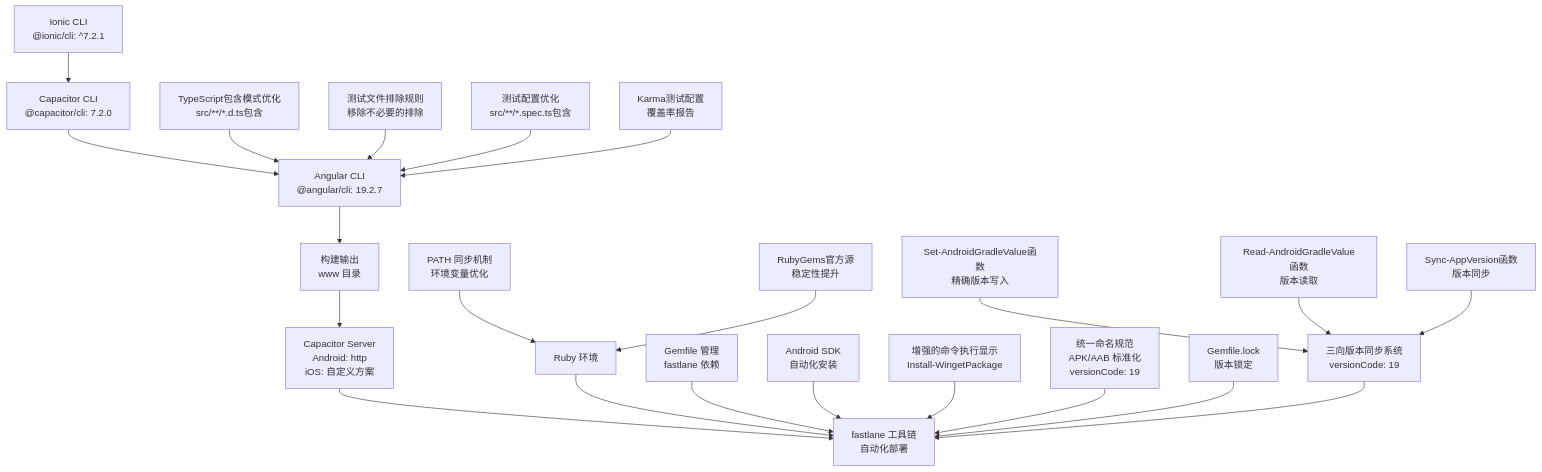
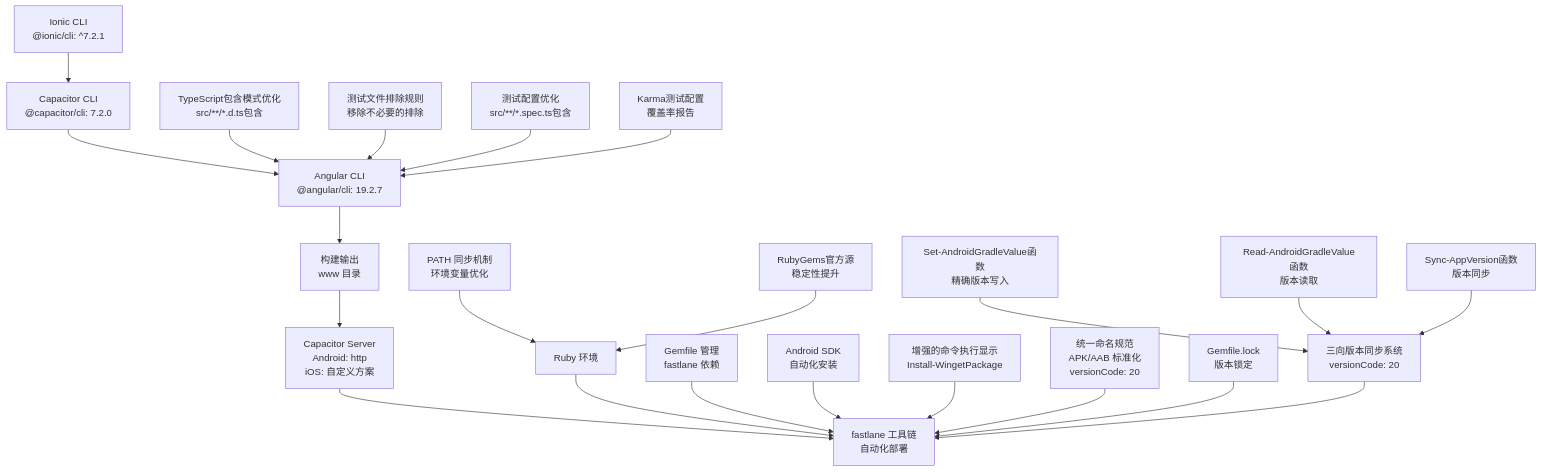
The third of 6 diagrams in .qoder/repowiki/zh/content/构建与部署/构建配置.md (tea4go/Macro-Deck-Client-App), drawn with Mermaid before and after one commit. The commit also changed other lines of this file and 55 other files, not shown here.

````diff
--- a/.qoder/repowiki/zh/content/构建与部署/构建配置.md
+++ b/.qoder/repowiki/zh/content/构建与部署/构建配置.md
@@ -385,24 +385,24 @@
 ```mermaid
 graph TB
 A["Ionic CLI<br/>@ionic/cli: ^7.2.1"] --> B["Capacitor CLI<br/>@capacitor/cli: 7.2.0"]
 B --> C["Angular CLI<br/>@angular/cli: 19.2.7"]
 C --> D["构建输出<br/>www 目录"]
 D --> E["Capacitor Server<br/>Android: http<br/>iOS: 自定义方案"]
 E --> F["fastlane 工具链<br/>自动化部署"]
 G["Ruby 环境"] --> F
 H["Gemfile 管理<br/>fastlane 依赖"] --> F
 I["Android SDK<br/>自动化安装"] --> F
 J["PATH 同步机制<br/>环境变量优化"] --> G
 K["增强的命令执行显示<br/>Install-WingetPackage"] --> F
-L["统一命名规范<br/>APK/AAB 标准化<br/>versionCode: 19"] --> F
+L["统一命名规范<br/>APK/AAB 标准化<br/>versionCode: 20"] --> F
 M["Gemfile.lock<br/>版本锁定"] --> F
 N["RubyGems官方源<br/>稳定性提升"] --> G
-O["三向版本同步系统<br/>versionCode: 19"] --> F
+O["三向版本同步系统<br/>versionCode: 20"] --> F
 P["Set-AndroidGradleValue函数<br/>精确版本写入"] --> O
 Q["Read-AndroidGradleValue函数<br/>版本读取"] --> O
 R["Sync-AppVersion函数<br/>版本同步"] --> O
 S["TypeScript包含模式优化<br/>src/**/*.d.ts包含"] --> C
 T["测试文件排除规则<br/>移除不必要的排除"] --> C
 U["测试配置优化<br/>src/**/*.spec.ts包含"] --> C
 V["Karma测试配置<br/>覆盖率报告"] --> C
 ```
````
